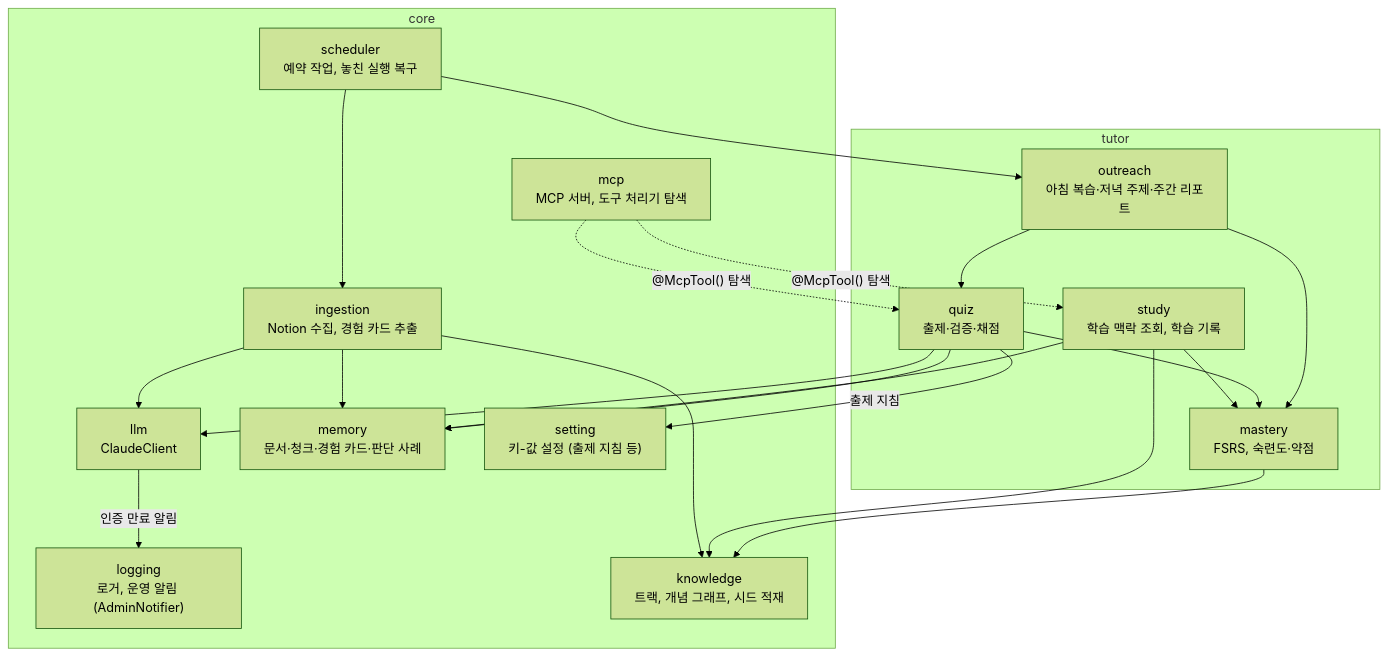
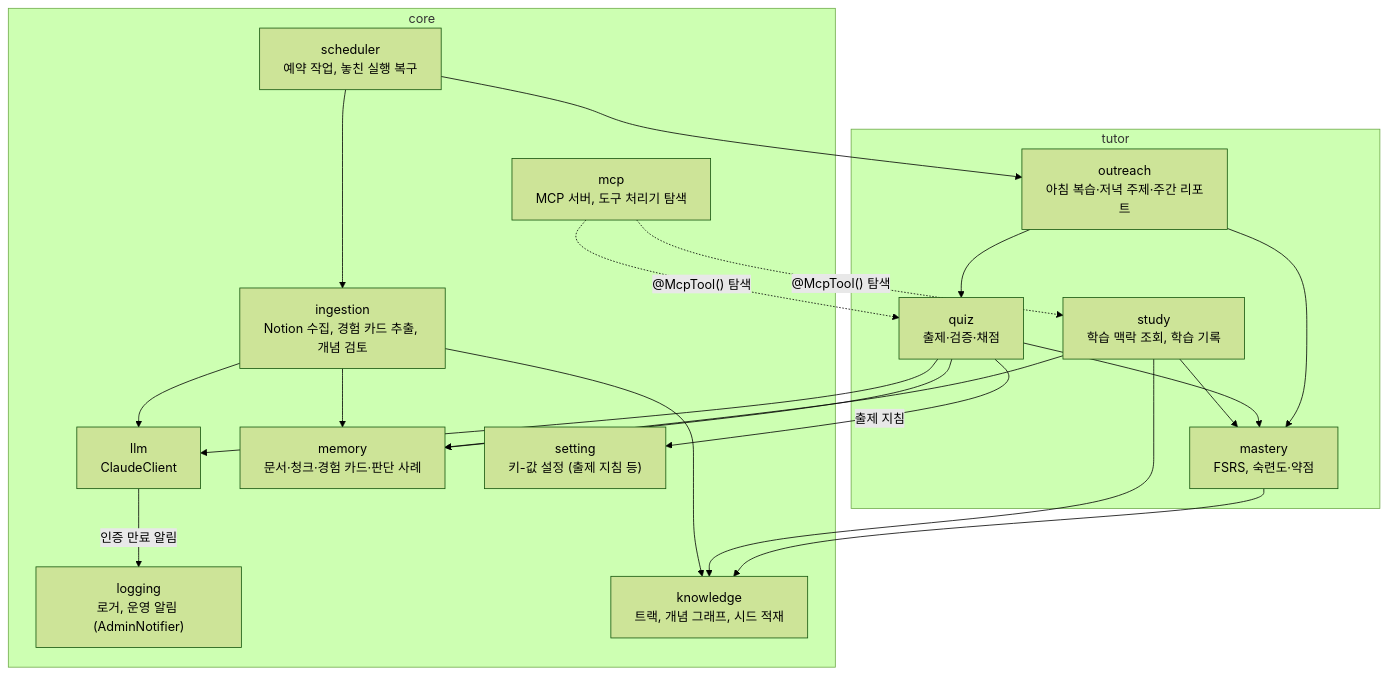
Before and after one commit to Wonchang0314/growth-assistant: the diagram in docs/architecture/c4-3-component.md, drawn with Mermaid (forest theme). The commit also changed 31 other files, not shown here.

````diff
--- a/docs/architecture/c4-3-component.md
+++ b/docs/architecture/c4-3-component.md
@@ -5,43 +5,43 @@
 ```mermaid
 flowchart TB
     subgraph core
         mcp["mcp<br/>MCP 서버, 도구 처리기 탐색"]
         llm["llm<br/>ClaudeClient"]
         logging["logging<br/>로거, 운영 알림 (AdminNotifier)"]
         memory["memory<br/>문서·청크·경험 카드·판단 사례"]
         knowledge["knowledge<br/>트랙, 개념 그래프, 시드 적재"]
-        ingestion["ingestion<br/>Notion 수집, 경험 카드 추출"]
+        ingestion["ingestion<br/>Notion 수집, 경험 카드 추출, 개념 검토"]
         scheduler["scheduler<br/>예약 작업, 놓친 실행 복구"]
         setting["setting<br/>키-값 설정 (출제 지침 등)"]
     end
 
     subgraph tutor
         study["study<br/>학습 맥락 조회, 학습 기록"]
         quiz["quiz<br/>출제·검증·채점"]
         mastery["mastery<br/>FSRS, 숙련도·약점"]
         outreach["outreach<br/>아침 복습·저녁 주제·주간 리포트"]
     end
 
     mcp -.->|"@McpTool() 탐색"| study
     mcp -.->|"@McpTool() 탐색"| quiz
     scheduler --> outreach
     scheduler --> ingestion
     llm -->|"인증 만료 알림"| logging
     quiz -->|"출제 지침"| setting
 
     ingestion --> llm
     ingestion --> memory
     ingestion --> knowledge
 
     study --> memory
     study --> knowledge
     study --> mastery
 
     quiz --> llm
     quiz --> mastery
     quiz --> memory
 
     mastery --> knowledge
     outreach --> quiz
     outreach --> mastery
 ```
````
